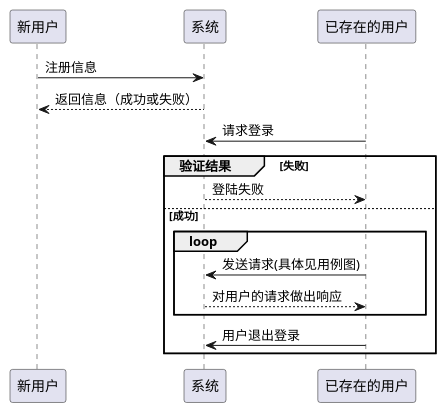
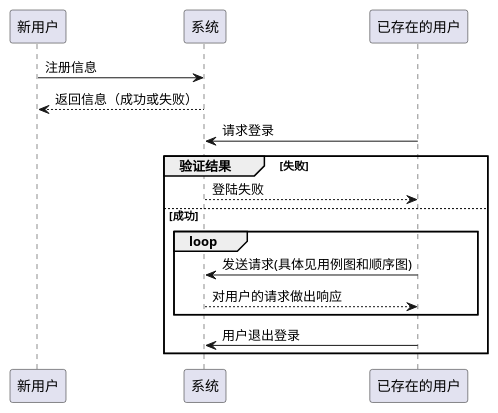
One commit to Guo-Chenxu/chatroom changed the diagram in uml/SeqSystemUML.puml. Above: the diagram before and after it, drawn with PlantUML. The commit also changed 6 other files, not shown here.

Commit message:
fix: 完善部分uml图片

```diff
--- a/uml/SeqSystemUML.puml
+++ b/uml/SeqSystemUML.puml
@@ -1,22 +1,22 @@
 @startuml
 
 
 新用户 -> 系统 : 注册信息
 系统 --> 新用户 : 返回信息（成功或失败）
 
 已存在的用户 -> 系统 : 请求登录
 
 group 验证结果 [失败]
 
     已存在的用户 <-- 系统 : 登陆失败
 
 else 成功
 
     loop
-        已存在的用户 -> 系统 : 发送请求(具体见用例图)
+        已存在的用户 -> 系统 : 发送请求(具体见用例图和顺序图)
         已存在的用户 <-- 系统 : 对用户的请求做出响应
     end
     已存在的用户 -> 系统 : 用户退出登录
 end
 
 @enduml
```
